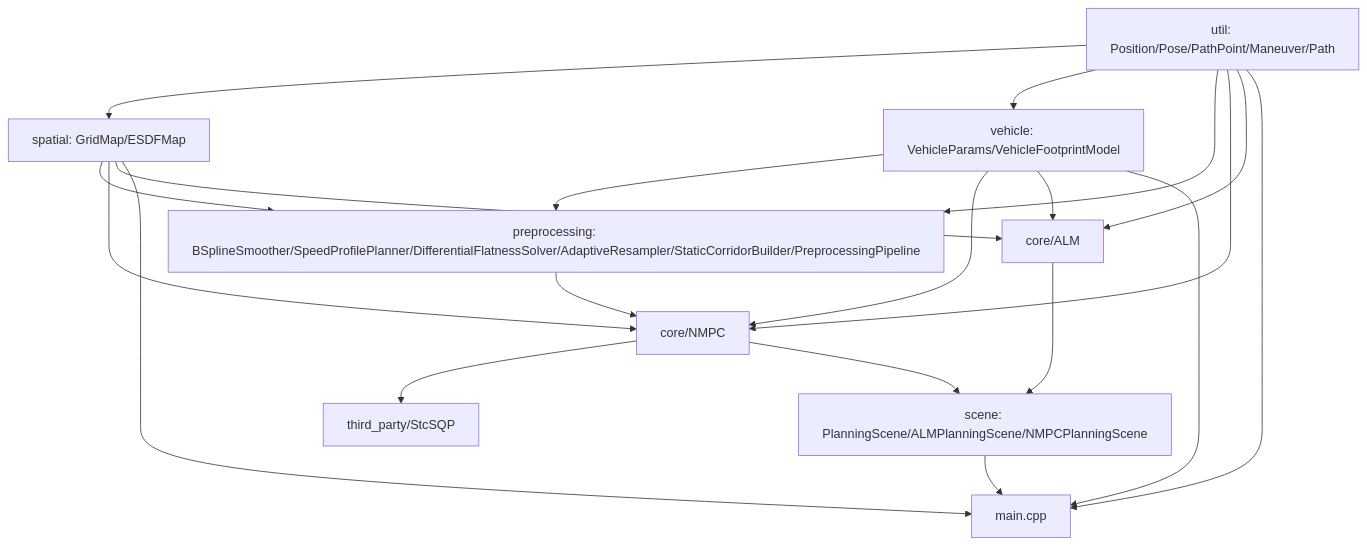
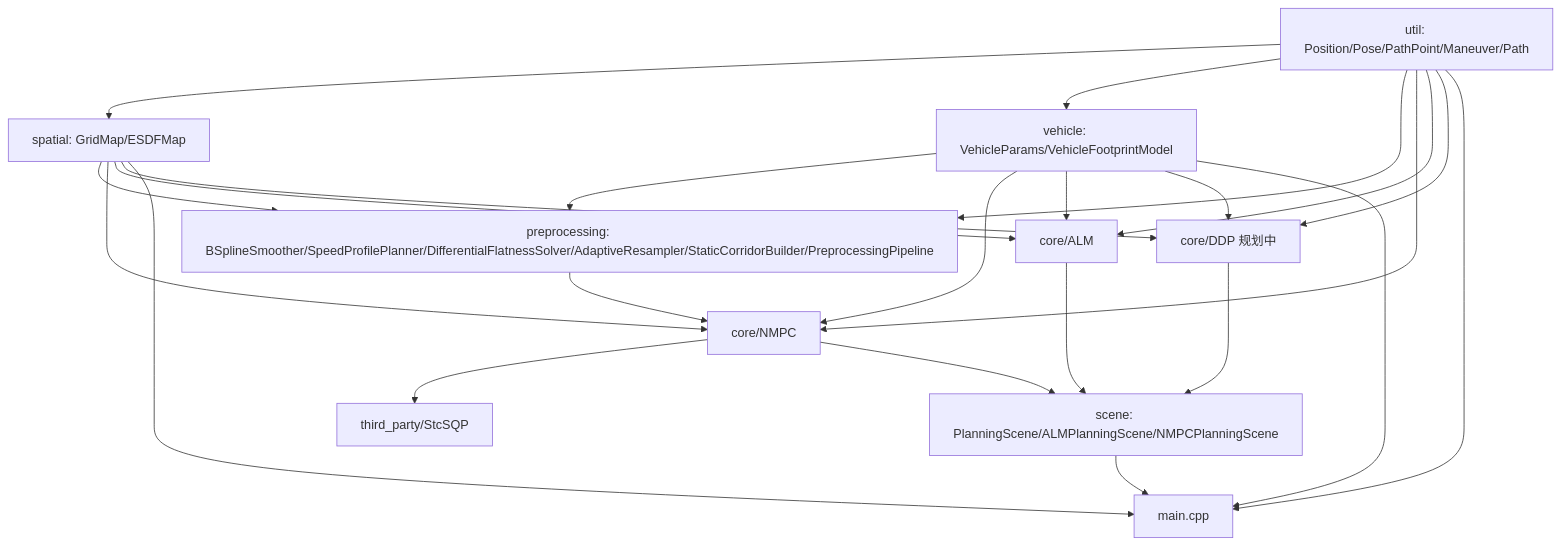
Before and after one commit to zw007981/APAPostProcessor: the fifth of 6 diagrams in docs/architecture.md, drawn with Mermaid. The commit also changed other lines of this file and 45 other files, not shown here.

````diff
--- a/docs/architecture.md
+++ b/docs/architecture.md
@@ -317,22 +374,26 @@
 ```mermaid
 flowchart TB
     util[util: Position/Pose/PathPoint/Maneuver/Path] --> spatial[spatial: GridMap/ESDFMap]
     util --> vehicle[vehicle: VehicleParams/VehicleFootprintModel]
     spatial --> preprocess[preprocessing: BSplineSmoother/SpeedProfilePlanner/DifferentialFlatnessSolver/AdaptiveResampler/StaticCorridorBuilder/PreprocessingPipeline]
     vehicle --> preprocess
     util --> preprocess
     preprocess --> nmpc[core/NMPC]
     spatial --> nmpc
     vehicle --> nmpc
     util --> nmpc
     nmpc --> stcsqp[third_party/StcSQP]
     spatial --> alm[core/ALM]
     vehicle --> alm
     util --> alm
+    spatial --> ddp[core/DDP 规划中]
+    vehicle --> ddp
+    util --> ddp
     alm --> scene[scene: PlanningScene/ALMPlanningScene/NMPCPlanningScene]
+    ddp --> scene
     nmpc --> scene
     scene --> main[main.cpp]
     util --> main
     spatial --> main
     vehicle --> main
 ```
````
